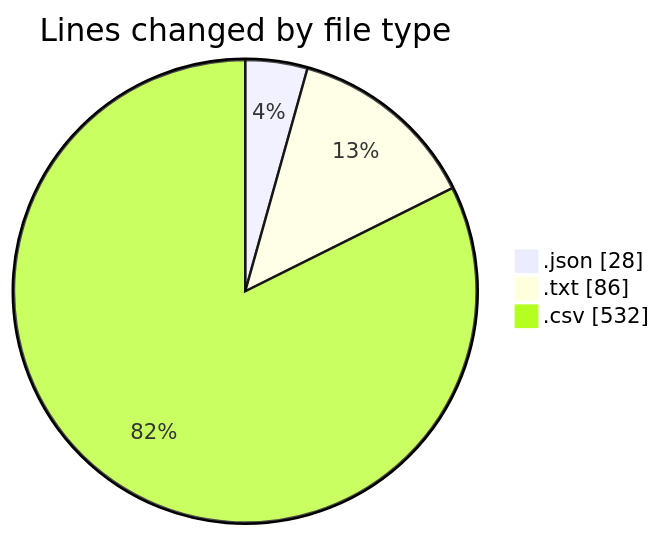
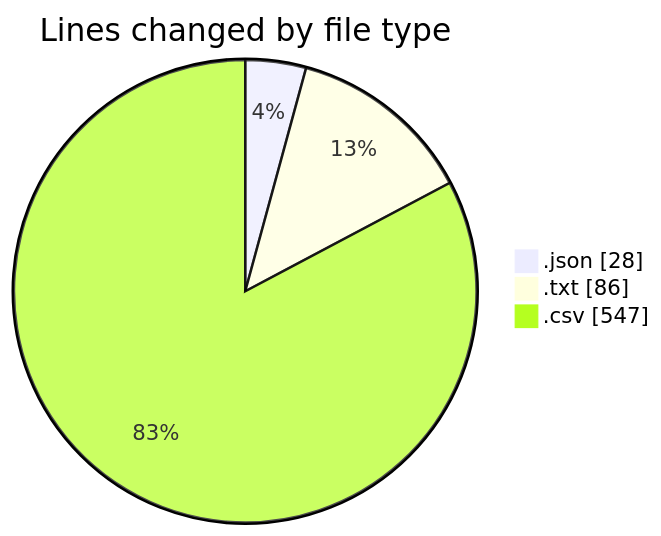
One commit to EIIisD/code-tracking changed the first of 2 diagrams in 2025-07-27/refunds/README.md. Above: the diagram before and after it, drawn with Mermaid. The commit also changed other lines of this file and 1 other file, not shown here.

````diff
--- a/2025-07-27/refunds/README.md
+++ b/2025-07-27/refunds/README.md
@@ -23,7 +23,7 @@
 ```mermaid
 pie showData
 title Lines changed by file type
 ".json" : 28
 ".txt" : 86
-".csv" : 532
+".csv" : 547
 ```
````
